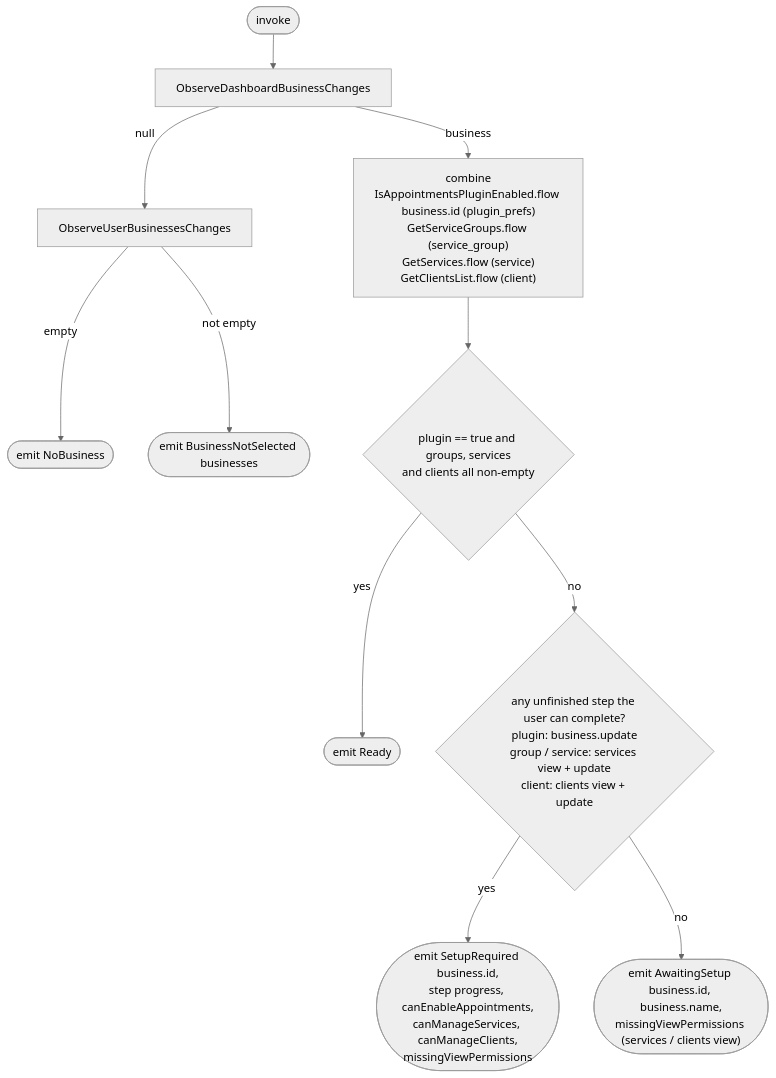
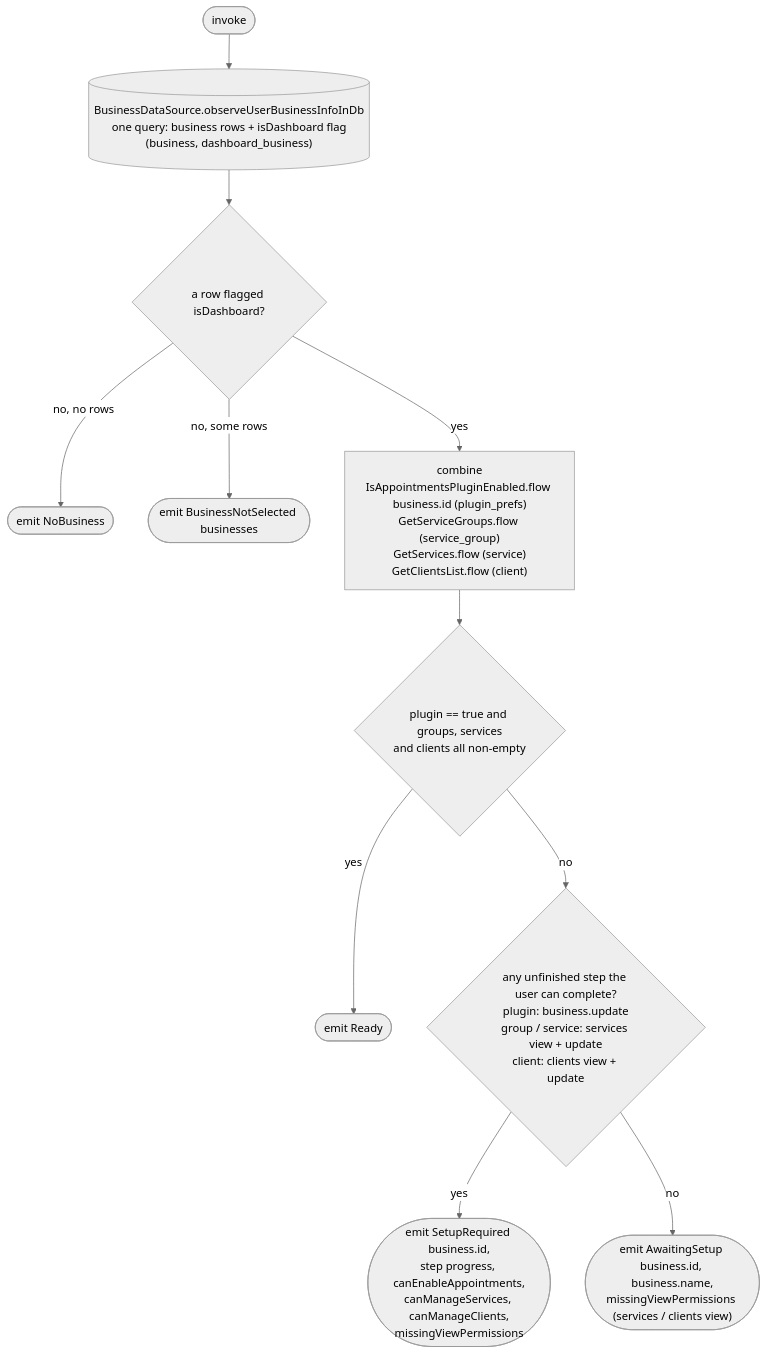
Before and after one commit to nocturneproperties/bookkme-client: the diagram in docs/operations/business/observe-dashboard-setup-status.md, drawn with Mermaid (neutral theme). The commit also changed other lines of this file and 32 other files, not shown here.

````diff
--- a/docs/operations/business/observe-dashboard-setup-status.md
+++ b/docs/operations/business/observe-dashboard-setup-status.md
@@ -47,13 +53,13 @@
 ```mermaid
 flowchart TD
-    Start([invoke]) --> Biz[ObserveDashboardBusinessChanges]
-    Biz -- null --> All[ObserveUserBusinessesChanges]
-    All -- empty --> NB([emit NoBusiness])
-    All -- not empty --> NS([emit BusinessNotSelected businesses])
-    Biz -- business --> Comb["combine<br/>IsAppointmentsPluginEnabled.flow business.id (plugin_prefs)<br/>GetServiceGroups.flow (service_group)<br/>GetServices.flow (service)<br/>GetClientsList.flow (client)"]
+    Start([invoke]) --> Snap[("BusinessDataSource.observeUserBusinessInfoInDb<br/>one query: business rows + isDashboard flag<br/>(business, dashboard_business)")]
+    Snap --> Sel{a row flagged isDashboard?}
+    Sel -- "no, no rows" --> NB([emit NoBusiness])
+    Sel -- "no, some rows" --> NS([emit BusinessNotSelected businesses])
+    Sel -- yes --> Comb["combine<br/>IsAppointmentsPluginEnabled.flow business.id (plugin_prefs)<br/>GetServiceGroups.flow (service_group)<br/>GetServices.flow (service)<br/>GetClientsList.flow (client)"]
     Comb --> Done{"plugin == true and groups, services<br/>and clients all non-empty"}
     Done -- yes --> R([emit Ready])
     Done -- no --> Can{"any unfinished step the user can complete?<br/>plugin: business.update<br/>group / service: services view + update<br/>client: clients view + update"}
     Can -- yes --> SR(["emit SetupRequired business.id,<br/>step progress, canEnableAppointments,<br/>canManageServices, canManageClients,<br/>missingViewPermissions"])
     Can -- no --> AS(["emit AwaitingSetup business.id, business.name,<br/>missingViewPermissions (services / clients view)"])
 ```
````
